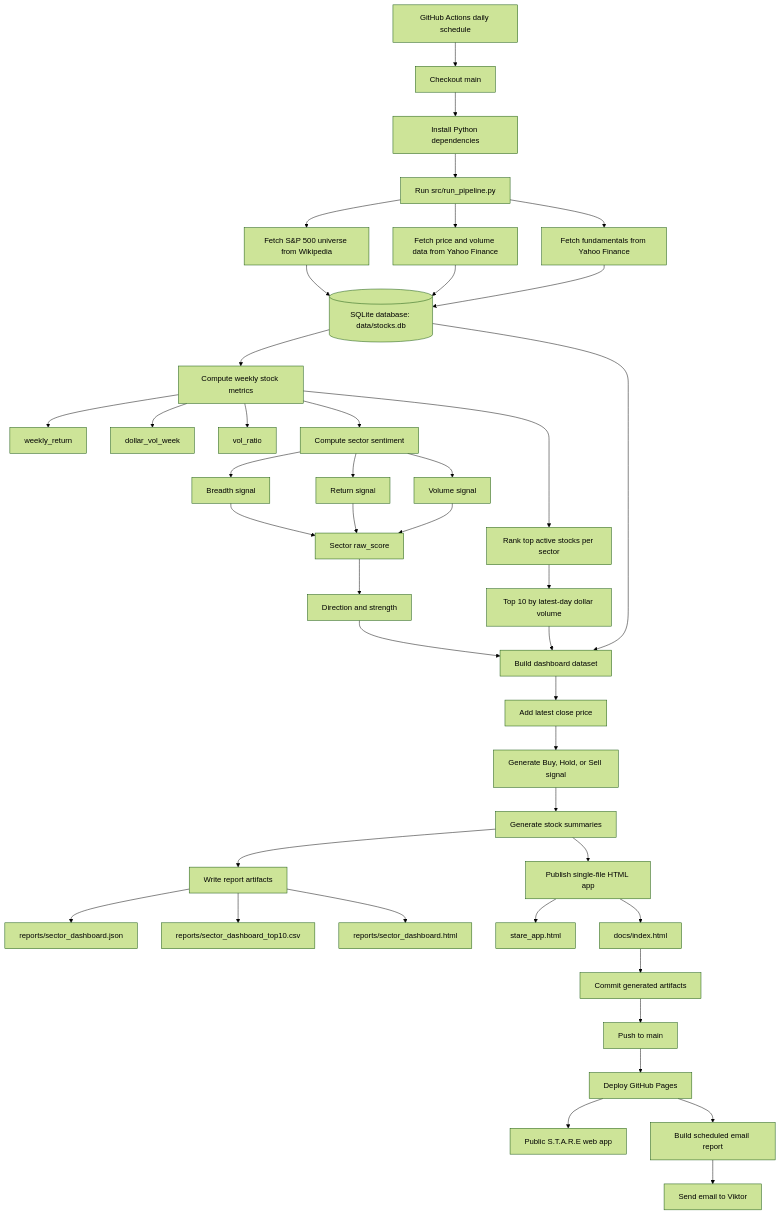
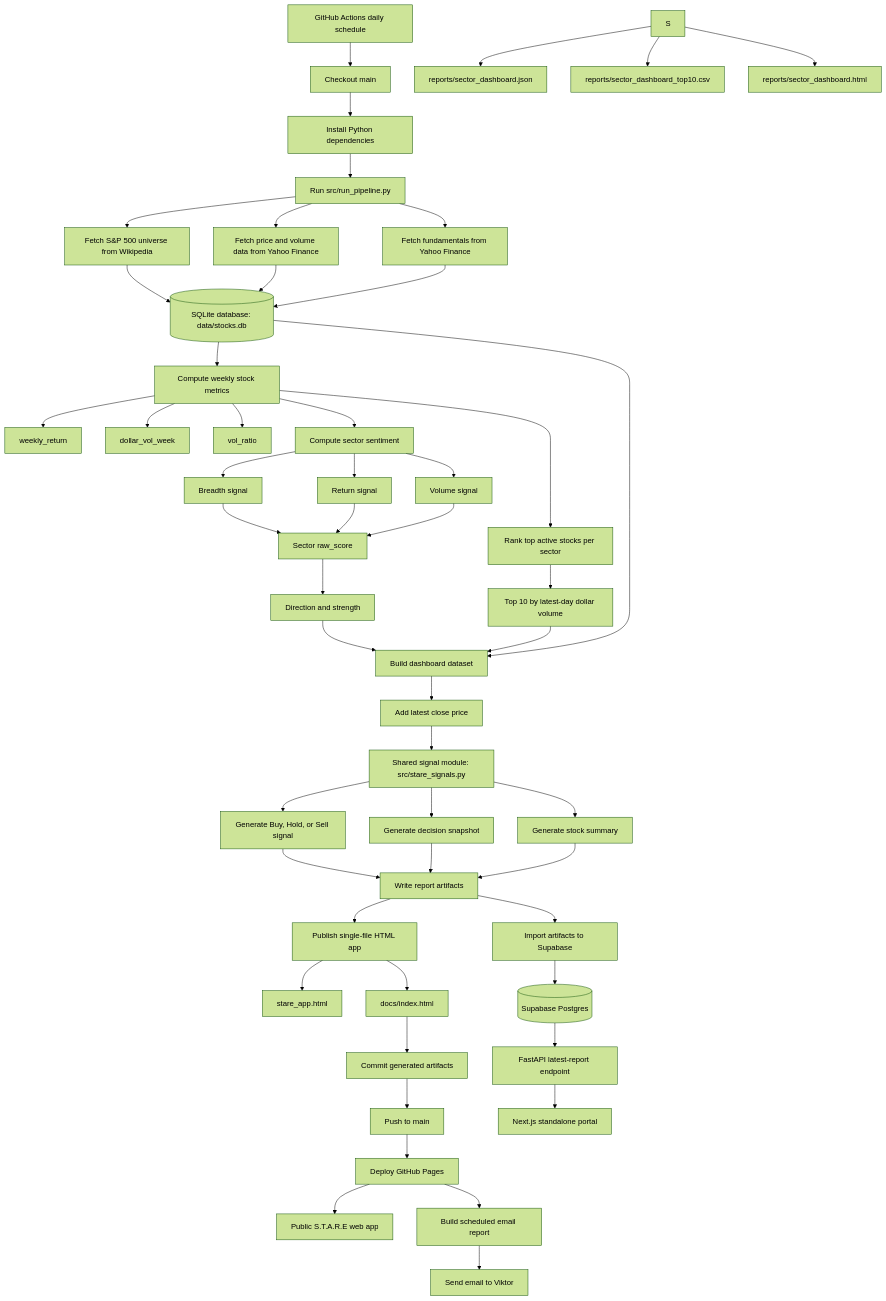
One commit to vittok/stare changed the diagram in README.md. Above: the diagram before and after it, drawn with Mermaid (forest theme). The commit also changed other lines of this file and 28 other files, not shown here.

Commit message:
Add standalone portal foundation

````diff
--- a/README.md
+++ b/README.md
@@ -96,54 +143,63 @@
 ```mermaid
 flowchart TD
     A["GitHub Actions daily schedule"] --> B["Checkout main"]
     B --> C["Install Python dependencies"]
     C --> D["Run src/run_pipeline.py"]
 
     D --> E["Fetch S&P 500 universe from Wikipedia"]
     D --> F["Fetch price and volume data from Yahoo Finance"]
     D --> G["Fetch fundamentals from Yahoo Finance"]
 
     E --> H[("SQLite database: data/stocks.db")]
     F --> H
     G --> H
 
     H --> I["Compute weekly stock metrics"]
     I --> I1["weekly_return"]
     I --> I2["dollar_vol_week"]
     I --> I3["vol_ratio"]
 
     I --> J["Compute sector sentiment"]
     J --> J1["Breadth signal"]
     J --> J2["Return signal"]
     J --> J3["Volume signal"]
     J1 --> K["Sector raw_score"]
     J2 --> K
     J3 --> K
     K --> L["Direction and strength"]
 
     I --> M["Rank top active stocks per sector"]
     M --> N["Top 10 by latest-day dollar volume"]
 
     H --> O["Build dashboard dataset"]
     L --> O
     N --> O
     O --> P["Add latest close price"]
-    P --> Q["Generate Buy, Hold, or Sell signal"]
-    Q --> R["Generate stock summaries"]
+    P --> Q["Shared signal module: src/stare_signals.py"]
+    Q --> Q1["Generate Buy, Hold, or Sell signal"]
+    Q --> Q2["Generate decision snapshot"]
+    Q --> Q3["Generate stock summary"]
 
-    R --> S["Write report artifacts"]
+    Q1 --> R["Write report artifacts"]
+    Q2 --> R
+    Q3 --> R
     S --> S1["reports/sector_dashboard.json"]
     S --> S2["reports/sector_dashboard_top10.csv"]
     S --> S3["reports/sector_dashboard.html"]
 
     R --> T["Publish single-file HTML app"]
     T --> T1["stare_app.html"]
     T --> T2["docs/index.html"]
 
     T2 --> U["Commit generated artifacts"]
     U --> V["Push to main"]
     V --> W["Deploy GitHub Pages"]
     W --> X["Public S.T.A.R.E web app"]
     W --> Y["Build scheduled email report"]
     Y --> Z["Send email to Viktor"]
+
+    R --> AA["Import artifacts to Supabase"]
+    AA --> AB[("Supabase Postgres")]
+    AB --> AC["FastAPI latest-report endpoint"]
+    AC --> AD["Next.js standalone portal"]
 ```
````
